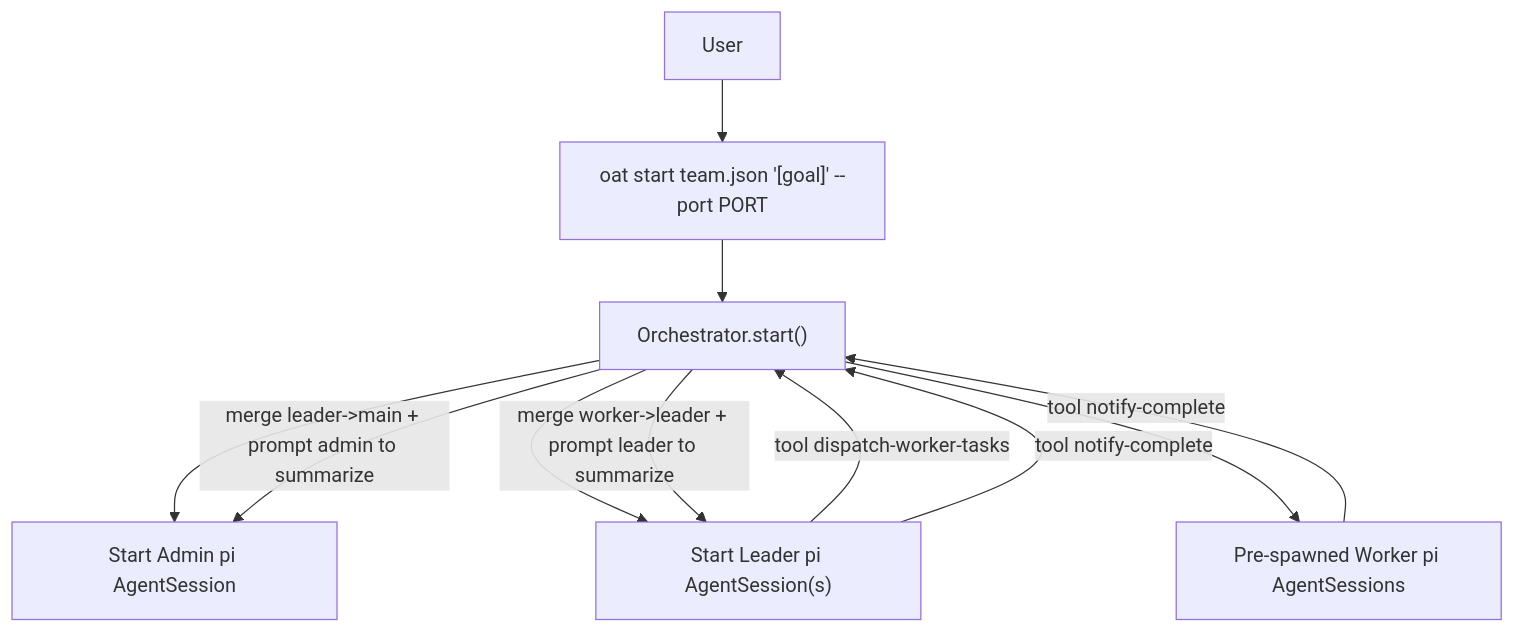
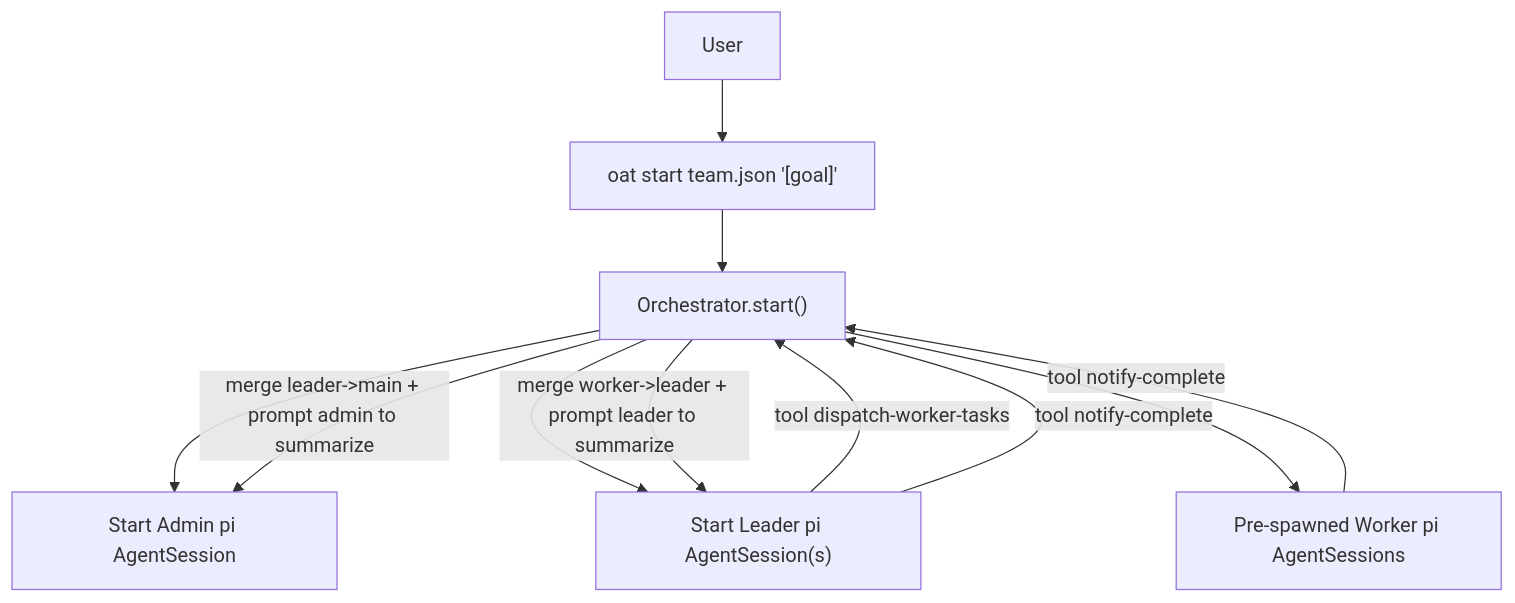
Before and after one commit to HerbertHe/open-agent-team: the diagram in docs/en/architecture.md, drawn with Mermaid. The commit also changed other lines of this file and 25 other files, not shown here.

First line of the commit message:
feat(cli & docs): implement one-liner installation and interactive Quick Start UI

````diff
--- a/docs/en/architecture.md
+++ b/docs/en/architecture.md
@@ -102,13 +102,13 @@
 ```mermaid
 flowchart TD
-  U["User"] --> CLI["oat start team.json '[goal]' --port PORT"]
+  U["User"] --> CLI["oat start team.json '[goal]'"]
   CLI --> O["Orchestrator.start()"]
   O --> A["Start Admin pi AgentSession"]
   O --> L["Start Leader pi AgentSession(s)"]
   L -->|"tool dispatch-worker-tasks"| O
   O --> W["Pre-spawned Worker pi AgentSessions"]
   W -->|"tool notify-complete"| O
   O -->|"merge worker->leader + prompt leader to summarize"| L
   L -->|"tool notify-complete"| O
   O -->|"merge leader->main + prompt admin to summarize"| A
 ```
````
